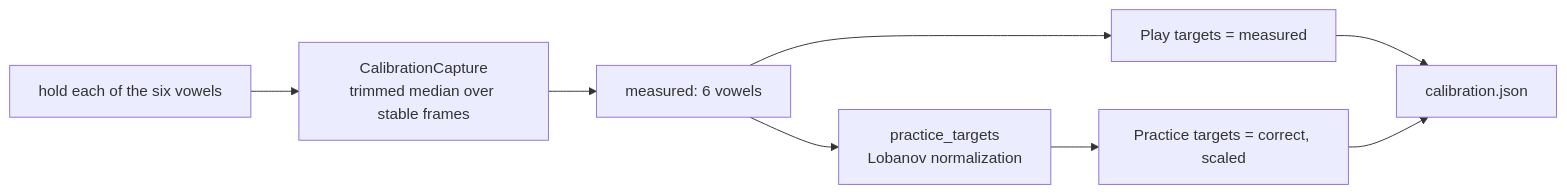
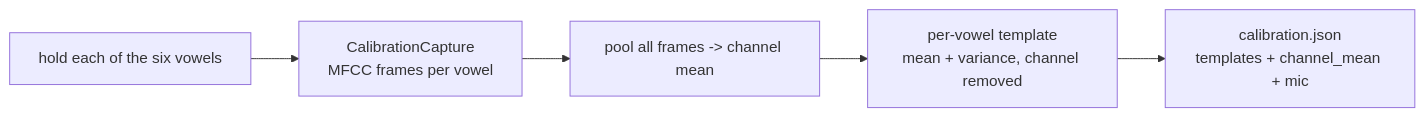
One commit to pipejesus/rondelek-twst-1 changed the fourth of 4 diagrams in docs/src/visualizer.md. Above: the diagram before and after it, drawn with Mermaid. The commit also changed other lines of this file and 30 other files, not shown here.

````diff
--- a/docs/src/visualizer.md
+++ b/docs/src/visualizer.md
@@ -148,10 +147,7 @@
 ```mermaid
 flowchart LR
-    say[hold each of the six vowels] --> cap[CalibrationCapture<br/>trimmed median over stable frames]
-    cap --> measured[measured: 6 vowels]
-    measured --> play[Play targets = measured]
-    measured --> norm[practice_targets<br/>Lobanov normalization]
-    norm --> practice[Practice targets = correct, scaled]
-    play --> save[calibration.json]
-    practice --> save
+    say[hold each of the six vowels] --> cap[CalibrationCapture<br/>MFCC frames per vowel]
+    cap --> pooled[pool all frames -> channel mean]
+    pooled --> tmpl[per-vowel template<br/>mean + variance, channel removed]
+    tmpl --> save[calibration.json<br/>templates + channel_mean + mic]
 ```
````
